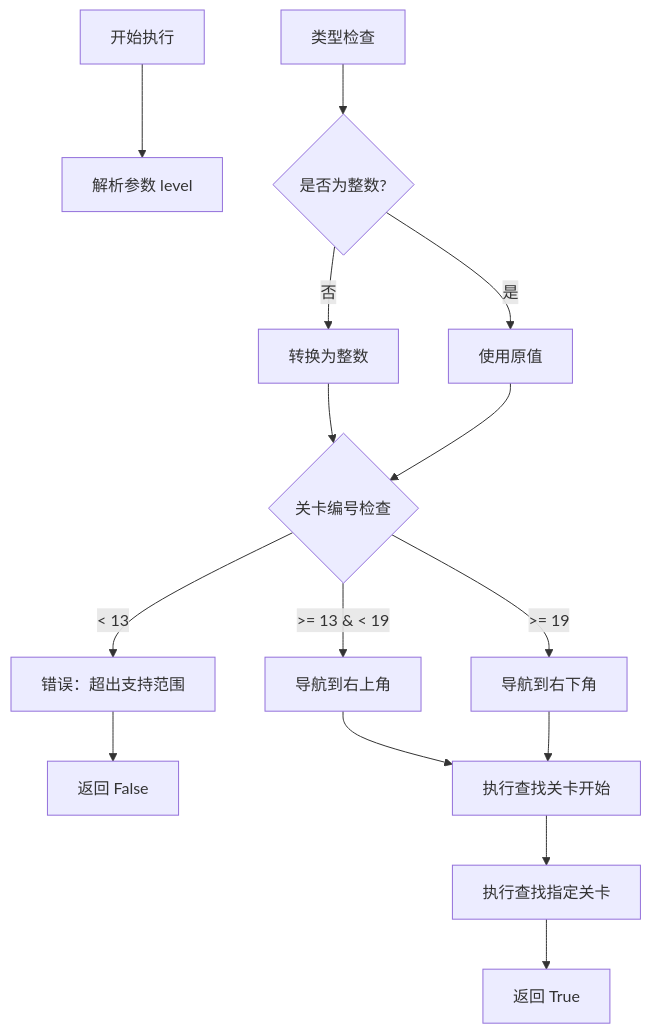
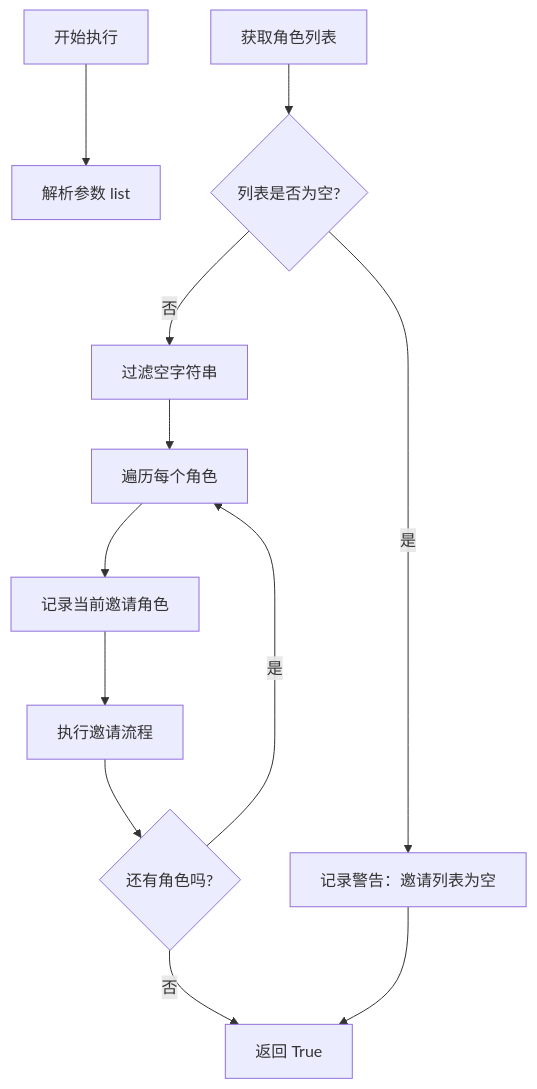
Before and after one commit to kqcoxn/MaaDuDuL: the fourth of 4 diagrams in .qoder/repowiki/zh/content/开发者指南/自定义模块开发/自定义识别与操作开发/自定义操作器开发.md, drawn with Mermaid. The commit also changed other lines of this file and 12 other files, not shown here.

````diff
--- a/.qoder/repowiki/zh/content/开发者指南/自定义模块开发/自定义识别与操作开发/自定义操作器开发.md
+++ b/.qoder/repowiki/zh/content/开发者指南/自定义模块开发/自定义识别与操作开发/自定义操作器开发.md
@@ -245,17 +262,14 @@
 ```mermaid
 flowchart TD
-A[开始执行] --> B[解析参数 level]
-C[类型检查] --> D{是否为整数?}
-D --> |否| E[转换为整数]
-D --> |是| F[使用原值]
-E --> G{关卡编号检查}
-F --> G
-G --> |< 13| H[错误：超出支持范围]
-G --> |>= 13 & < 19| I[导航到右上角]
-G --> |>= 19| J[导航到右下角]
-H --> K[返回 False]
-I --> L[执行查找关卡开始]
-J --> L
-L --> M[执行查找指定关卡]
-M --> N[返回 True]
+A[开始执行] --> B[解析参数 list]
+C[获取角色列表] --> D{列表是否为空?}
+D --> |是| E[记录警告：邀请列表为空]
+D --> |否| F[过滤空字符串]
+F --> G[遍历每个角色]
+G --> H[记录当前邀请角色]
+H --> I[执行邀请流程]
+I --> J{还有角色吗?}
+J --> |是| G
+J --> |否| K[返回 True]
+E --> K
 ```
````
